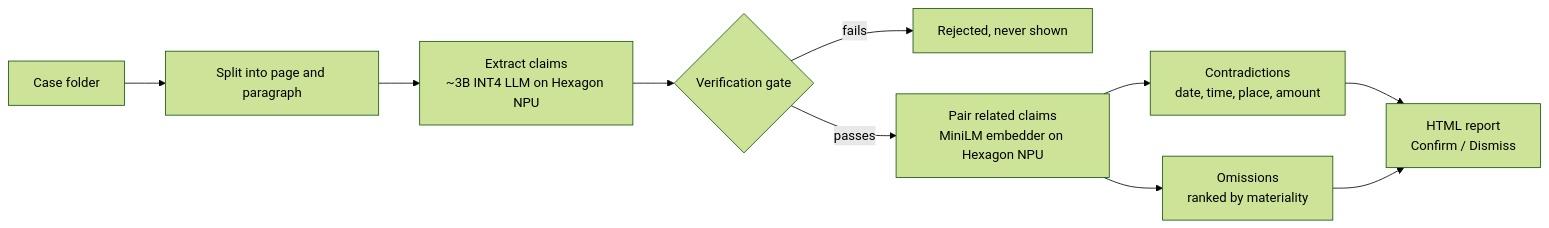
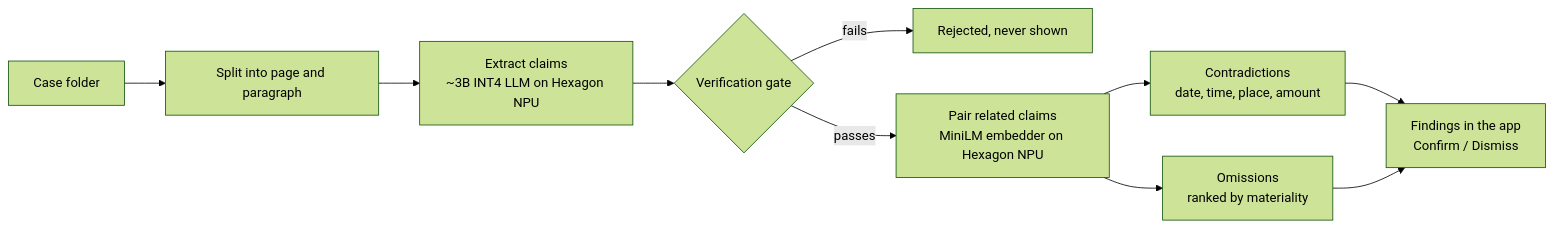
One commit to rxshabhh/nyaya-ai changed the diagram in README.md. Above: the diagram before and after it, drawn with Mermaid (forest theme). The commit also changed other lines of this file and 83 other files, not shown here.

````diff
--- a/README.md
+++ b/README.md
@@ -19,12 +19,12 @@
 ```mermaid
 flowchart LR
   A[Case folder] --> B[Split into page and paragraph]
   B --> C[Extract claims<br/>~3B INT4 LLM on Hexagon NPU]
   C --> D{Verification gate}
   D -- fails --> R[Rejected, never shown]
   D -- passes --> P[Pair related claims<br/>MiniLM embedder on Hexagon NPU]
   P --> E[Contradictions<br/>date, time, place, amount]
   P --> F[Omissions<br/>ranked by materiality]
-  E --> G[HTML report<br/>Confirm / Dismiss]
+  E --> G[Findings in the app<br/>Confirm / Dismiss]
   F --> G
 ```
````
